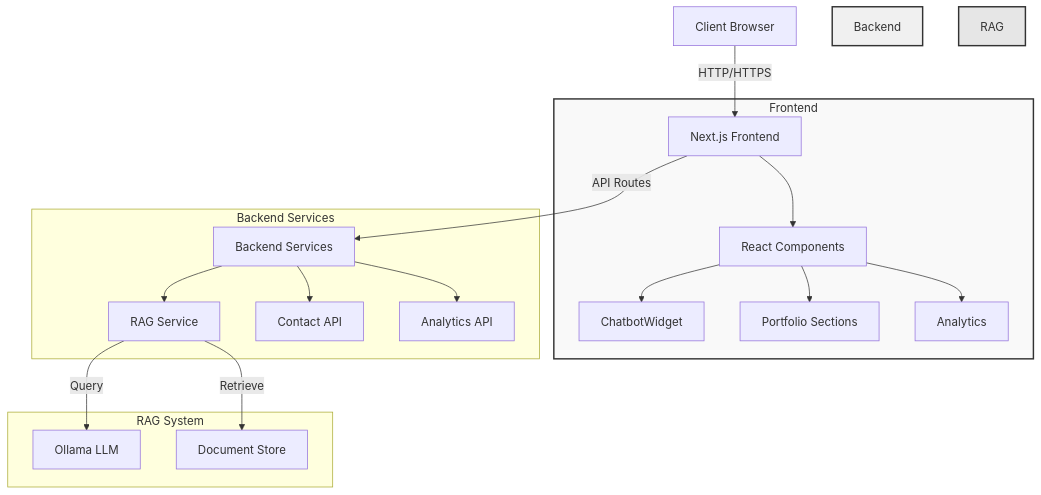
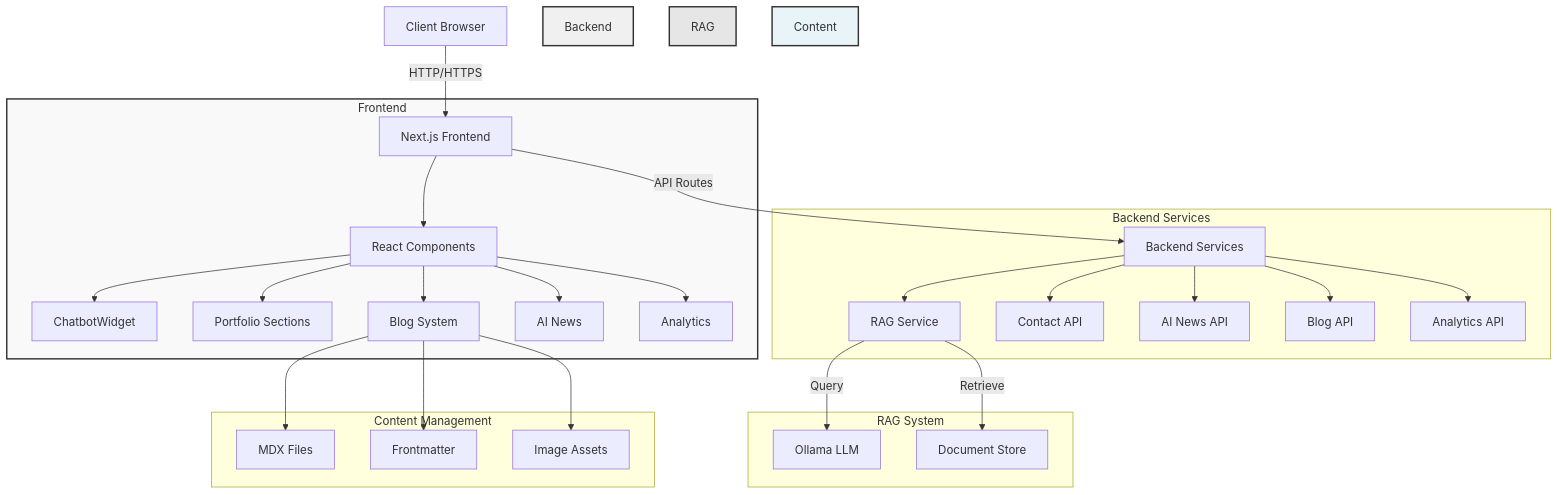
One commit to jay739/portfolio-site changed the first of 4 diagrams in README.md. Above: the diagram before and after it, drawn with Mermaid. The commit also changed other lines of this file and 43 other files, not shown here.

````diff
--- a/README.md
+++ b/README.md
@@ -9,27 +26,38 @@
 ```mermaid
 graph TD
     A[Client Browser] -->|HTTP/HTTPS| B[Next.js Frontend]
     B -->|API Routes| C[Backend Services]
     
     subgraph Frontend
     B --> D[React Components]
     D --> E[ChatbotWidget]
     D --> F[Portfolio Sections]
-    D --> G[Analytics]
+    D --> G[Blog System]
+    D --> H[AI News]
+    D --> I[Analytics]
     end
     
     subgraph Backend Services
-    C --> H[RAG Service]
-    C --> I[Contact API]
-    C --> J[Analytics API]
+    C --> J[RAG Service]
+    C --> K[Contact API]
+    C --> L[AI News API]
+    C --> M[Blog API]
+    C --> N[Analytics API]
     end
     
     subgraph RAG System
-    H -->|Query| K[Ollama LLM]
-    H -->|Retrieve| L[Document Store]
+    J -->|Query| O[Ollama LLM]
+    J -->|Retrieve| P[Document Store]
+    end
+    
+    subgraph Content Management
+    G --> Q[MDX Files]
+    G --> R[Frontmatter]
+    G --> S[Image Assets]
     end
     
     style Frontend fill:#f9f9f9,stroke:#333,stroke-width:2px
     style Backend fill:#f0f0f0,stroke:#333,stroke-width:2px
     style RAG fill:#e6e6e6,stroke:#333,stroke-width:2px
+    style Content fill:#e8f4f8,stroke:#333,stroke-width:2px
 ```
````
